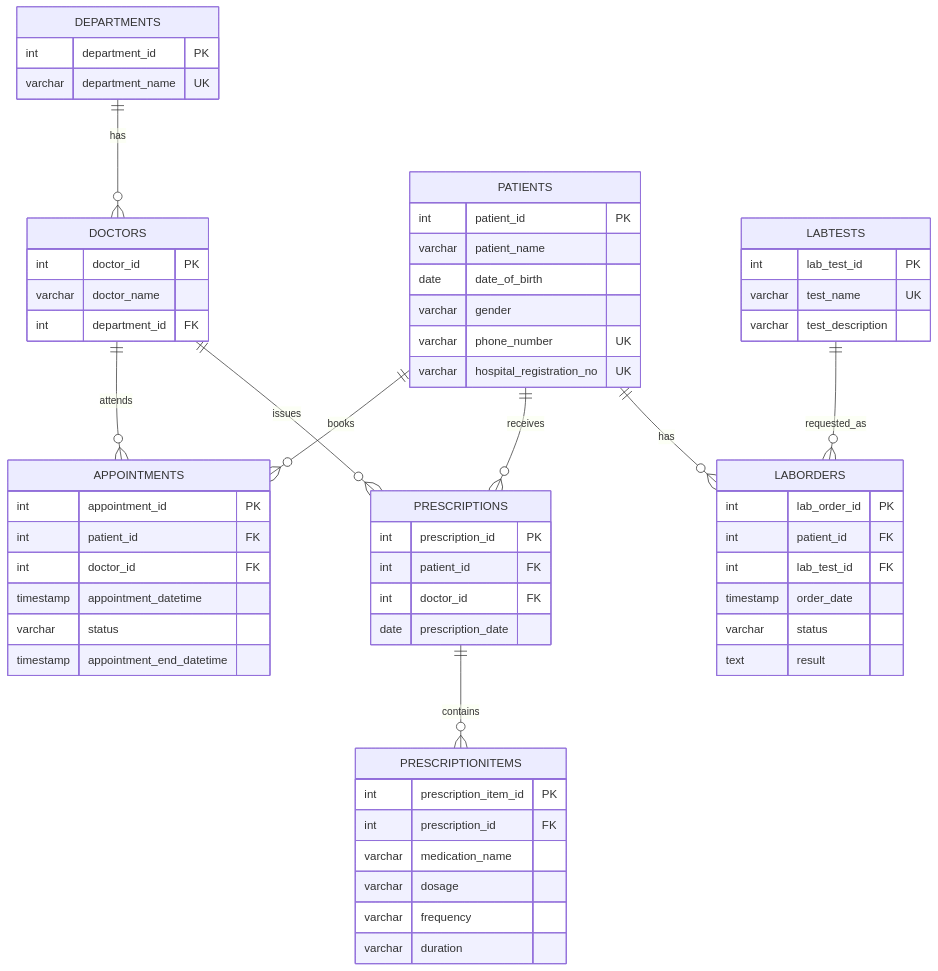
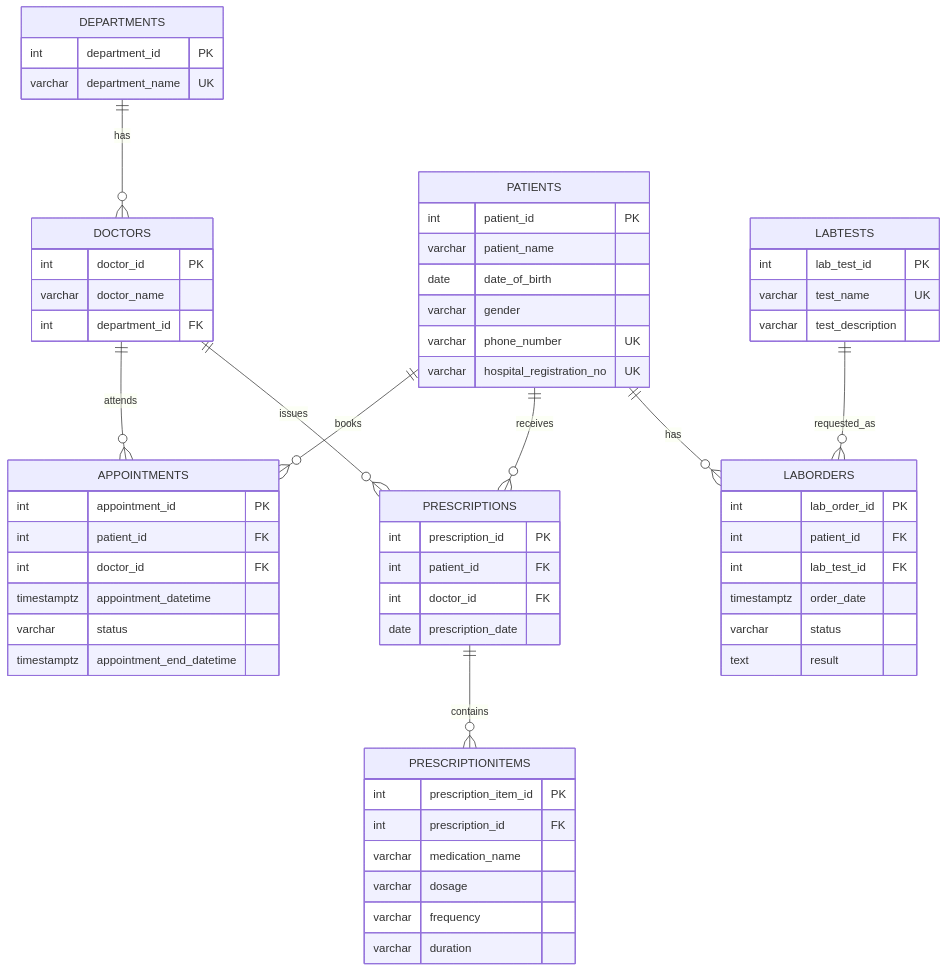
The diagram in portfolio-1-database-design/README.md (Eddypatrick/MIT8103-CareBridge-Database-Portfolio), drawn with Mermaid before and after one commit. The commit also changed other lines of this file, not shown here.

Commit message:
Update Portfolio 1 documentation for timezone-aware timestamps

````diff
--- a/portfolio-1-database-design/README.md
+++ b/portfolio-1-database-design/README.md
@@ -22,71 +22,71 @@
 ```mermaid
 erDiagram
     DEPARTMENTS {
         int department_id PK
         varchar department_name UK
     }
 
     DOCTORS {
         int doctor_id PK
         varchar doctor_name
         int department_id FK
     }
 
     PATIENTS {
         int patient_id PK
         varchar patient_name
         date date_of_birth
         varchar gender
         varchar phone_number UK
         varchar hospital_registration_no UK
     }
 
     APPOINTMENTS {
         int appointment_id PK
         int patient_id FK
         int doctor_id FK
-        timestamp appointment_datetime
+        timestamptz appointment_datetime
         varchar status
-        timestamp appointment_end_datetime
+        timestamptz appointment_end_datetime
     }
 
     PRESCRIPTIONS {
         int prescription_id PK
         int patient_id FK
         int doctor_id FK
         date prescription_date
     }
 
     PRESCRIPTIONITEMS {
         int prescription_item_id PK
         int prescription_id FK
         varchar medication_name
         varchar dosage
         varchar frequency
         varchar duration
     }
 
     LABTESTS {
         int lab_test_id PK
         varchar test_name UK
         varchar test_description
     }
 
     LABORDERS {
         int lab_order_id PK
         int patient_id FK
         int lab_test_id FK
-        timestamp order_date
+        timestamptz order_date
         varchar status
         text result
     }
 
     DEPARTMENTS ||--o{ DOCTORS : has
     DOCTORS ||--o{ APPOINTMENTS : attends
     PATIENTS ||--o{ APPOINTMENTS : books
     PATIENTS ||--o{ PRESCRIPTIONS : receives
     DOCTORS ||--o{ PRESCRIPTIONS : issues
     PRESCRIPTIONS ||--o{ PRESCRIPTIONITEMS : contains
     PATIENTS ||--o{ LABORDERS : has
     LABTESTS ||--o{ LABORDERS : requested_as
 ```
````
